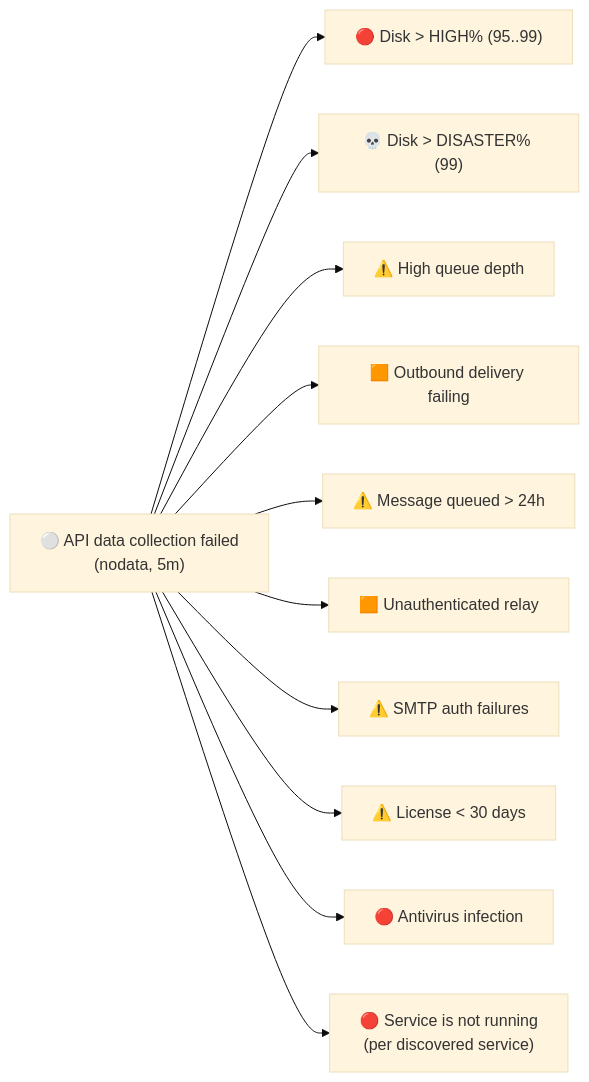
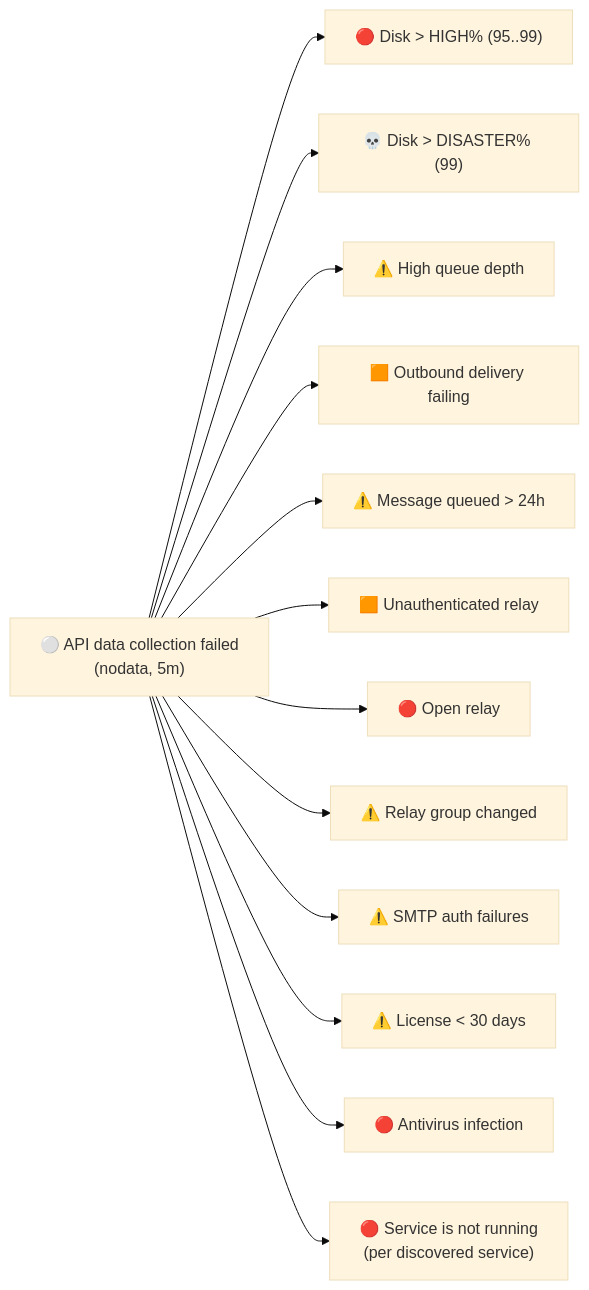
The second of 2 diagrams in README_EN.md (IT-for-Prof/zabbix-kerio-connect), drawn with Mermaid (base theme) before and after one commit. The commit also changed other lines of this file and 3 other files, not shown here.

First line of the commit message:
Docs 1.2.0: architecture, relay group and open-relay triggers, Smtp.get relayControl; plain-language pass

````diff
--- a/README_EN.md
+++ b/README_EN.md
@@ -119,14 +129,16 @@
 ```mermaid
 flowchart LR
     R["⚪ API data collection failed<br/>(nodata, 5m)"]
     R --> D3["🔴 Disk > HIGH% (95..99)"]
     R --> D4["💀 Disk > DISASTER% (99)"]
     R --> Q["⚠️ High queue depth"]
     R --> QS["🟧 Outbound delivery failing"]
     R --> QA["⚠️ Message queued > 24h"]
     R --> RL["🟧 Unauthenticated relay"]
+    R --> OR["🔴 Open relay"]
+    R --> RG["⚠️ Relay group changed"]
     R --> A["⚠️ SMTP auth failures"]
     R --> L["⚠️ License < 30 days"]
     R --> V["🔴 Antivirus infection"]
     R --> S["🔴 Service is not running<br/>(per discovered service)"]
 ```
````
